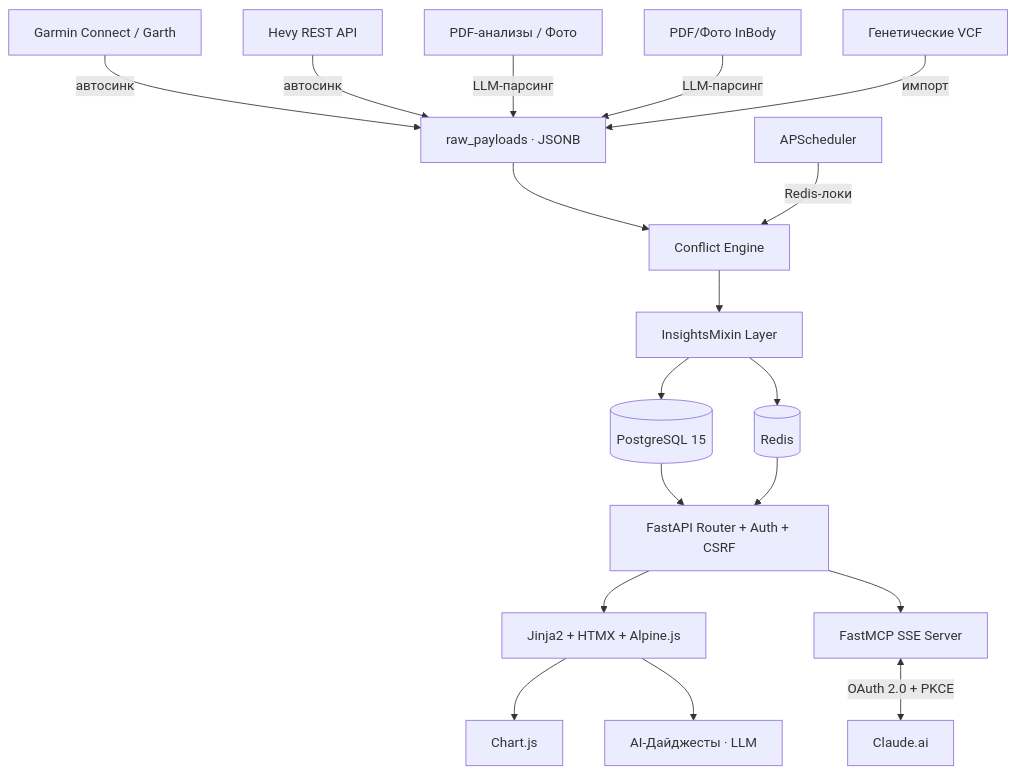
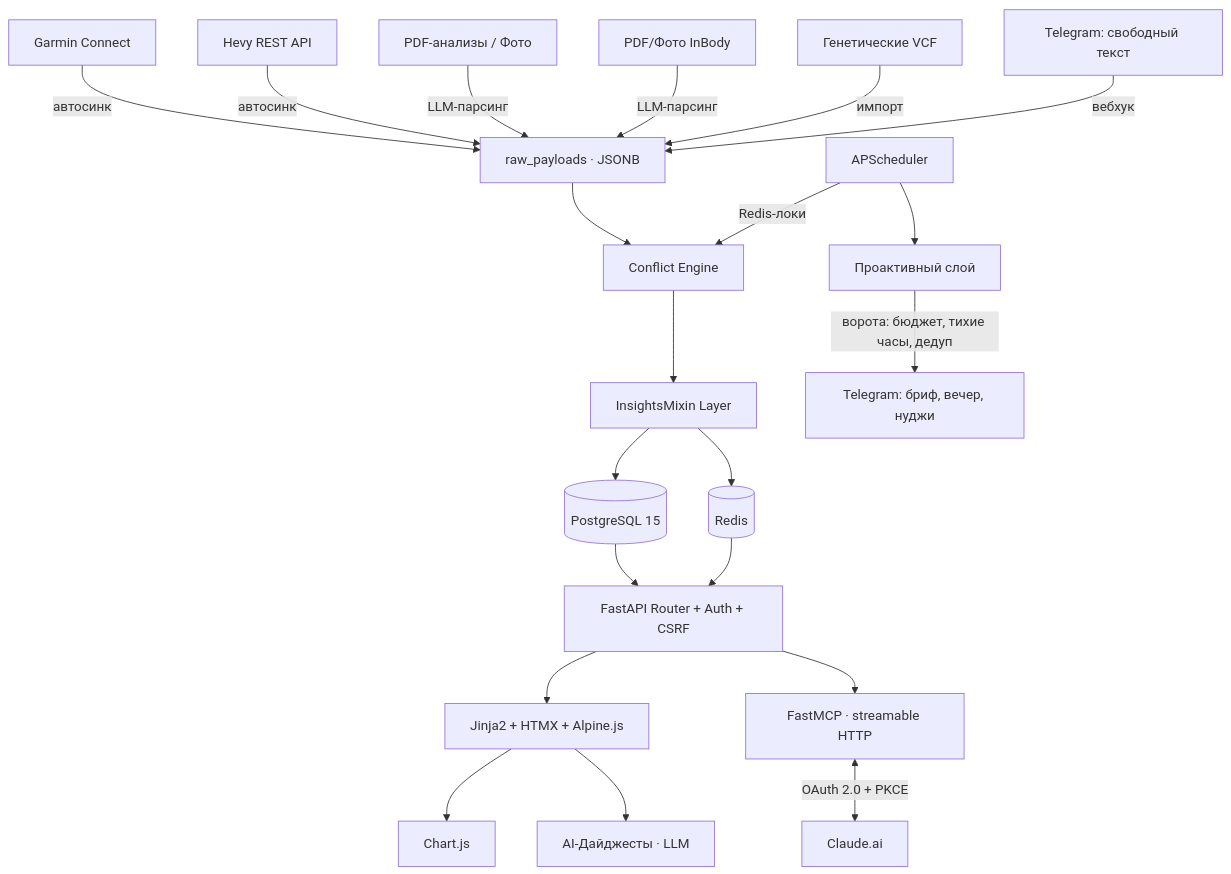
The first of 2 diagrams in README.md (LeMillion1/vitals), drawn with Mermaid before and after one commit. The commit also changed other lines of this file and 4 other files, not shown here.

````diff
--- a/README.md
+++ b/README.md
@@ -304,24 +316,27 @@
 ```mermaid
 graph TD
-    Garmin[Garmin Connect / Garth] -->|автосинк| Raw[raw_payloads · JSONB]
+    Garmin[Garmin Connect] -->|автосинк| Raw[raw_payloads · JSONB]
     Hevy[Hevy REST API] -->|автосинк| Raw
     Labs[PDF-анализы / Фото] -->|LLM-парсинг| Raw
     BIA[PDF/Фото InBody] -->|LLM-парсинг| Raw
     VCF[Генетические VCF] -->|импорт| Raw
+    TGin[Telegram: свободный текст] -->|вебхук| Raw
 
     Raw --> CE[Conflict Engine]
     CE --> IL[InsightsMixin Layer]
     Scheduler[APScheduler] -->|Redis-локи| CE
 
     IL --> DB[(PostgreSQL 15)]
     IL --> Cache[(Redis)]
 
     DB & Cache --> FastAPI[FastAPI Router + Auth + CSRF]
 
     FastAPI --> UI[Jinja2 + HTMX + Alpine.js]
-    FastAPI --> MCP[FastMCP SSE Server]
+    FastAPI --> MCP[FastMCP · streamable HTTP]
+    Scheduler --> PL[Проактивный слой]
+    PL -->|ворота: бюджет, тихие часы, дедуп| TGout[Telegram: бриф, вечер, нуджи]
 
     UI --> Charts[Chart.js]
     UI --> AI[AI-Дайджесты · LLM]
     MCP <-->|OAuth 2.0 + PKCE| Claude[Claude.ai]
 ```
````
